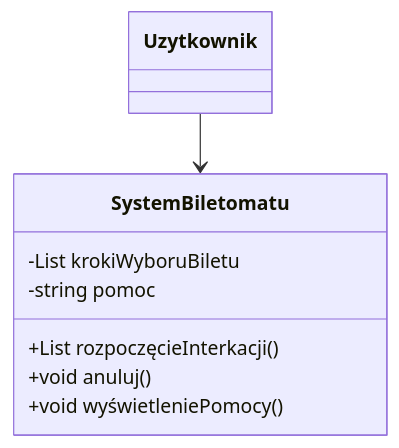
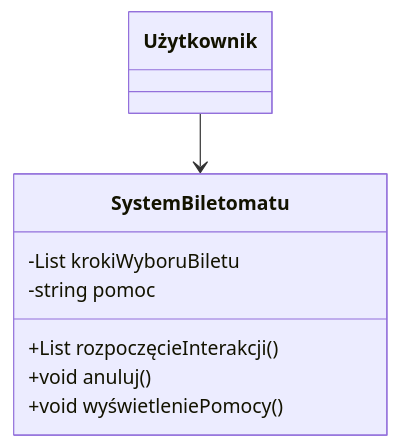
The first of 2 diagrams in klasy.md (Mkkami/MWO), drawn with Mermaid before and after one commit. The commit also changed other lines of this file, not shown here.

Commit message:
Fix review comments: spelling, add missing class, consistent naming

````diff
--- a/klasy.md
+++ b/klasy.md
@@ -1,15 +1,15 @@
 ```mermaid
 classDiagram
 
-  class Uzytkownik {}
+  class Użytkownik {}
 
   class SystemBiletomatu {
     -List krokiWyboruBiletu
     -string pomoc
-    +List rozpoczęcieInterkacji()
+    +List rozpoczęcieInterakcji()
     +void anuluj()
     +void wyświetleniePomocy()
   }
 
-  Uzytkownik --> SystemBiletomatu
+  Użytkownik --> SystemBiletomatu
 ```
````
